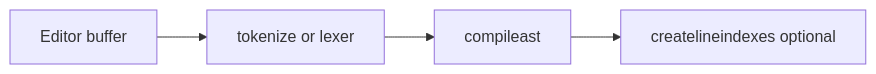
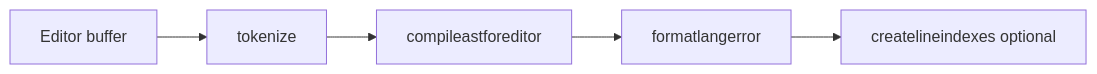
The seventh of 7 diagrams in zss/feature/lang/docs/architecture.mdx (goldbuick/zed-software-system), drawn with Mermaid before and after one commit. The commit also changed other lines of this file and 14 other files, not shown here.

````diff
--- a/zss/feature/lang/docs/architecture.mdx
+++ b/zss/feature/lang/docs/architecture.mdx
@@ -209,10 +209,12 @@
 ```mermaid
 flowchart LR
   ed[Editor buffer]
-  tok[tokenize or lexer]
-  ast[compileast]
+  tok[tokenize]
+  ast[compileastforeditor]
+  fmt[formatlangerror]
   idx[createlineindexes optional]
   ed --> tok
   tok --> ast
-  ast --> idx
+  ast --> fmt
+  fmt --> idx
 ```
````
